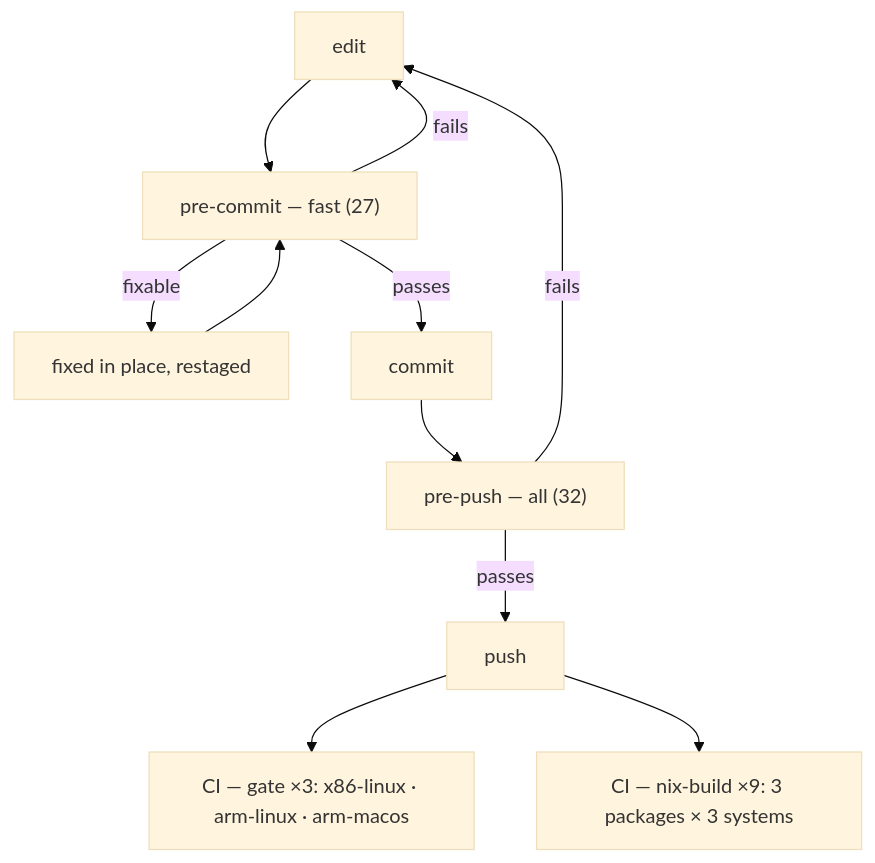
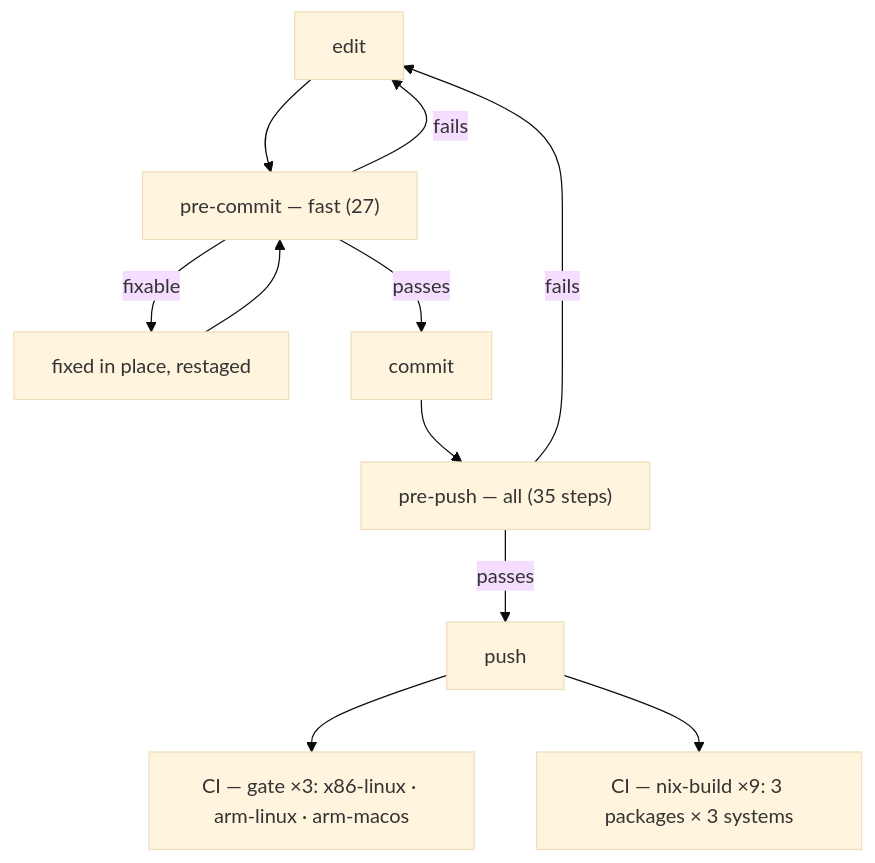
The diagram in docs/INTEGRATION.md (pr0d1r2/itok), drawn with Mermaid (base theme) before and after one commit.

Commit message:
docs: keep integration step diagram in sync

````diff
--- a/docs/INTEGRATION.md
+++ b/docs/INTEGRATION.md
@@ -55,13 +55,13 @@
 ```mermaid
 flowchart TD
     A["edit"] --> B["pre-commit — fast (27)"]
     B -->|fixable| B2["fixed in place, restaged"]
     B2 --> B
     B -->|fails| A
     B -->|passes| C["commit"]
-    C --> D["pre-push — all (32)"]
+    C --> D["pre-push — all (35 steps)"]
     D -->|fails| A
     D -->|passes| E["push"]
     E --> F["CI — gate ×3: x86-linux · arm-linux · arm-macos"]
     E --> G["CI — nix-build ×9: 3 packages × 3 systems"]
 ```
````
